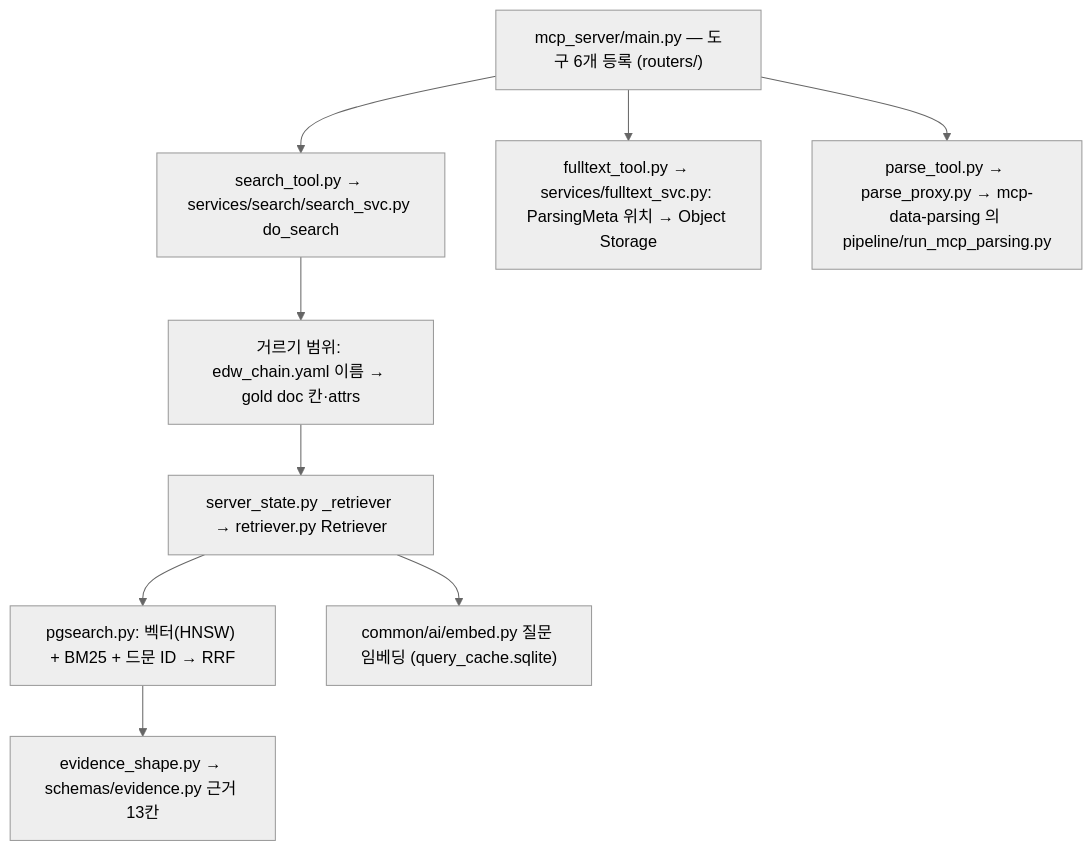
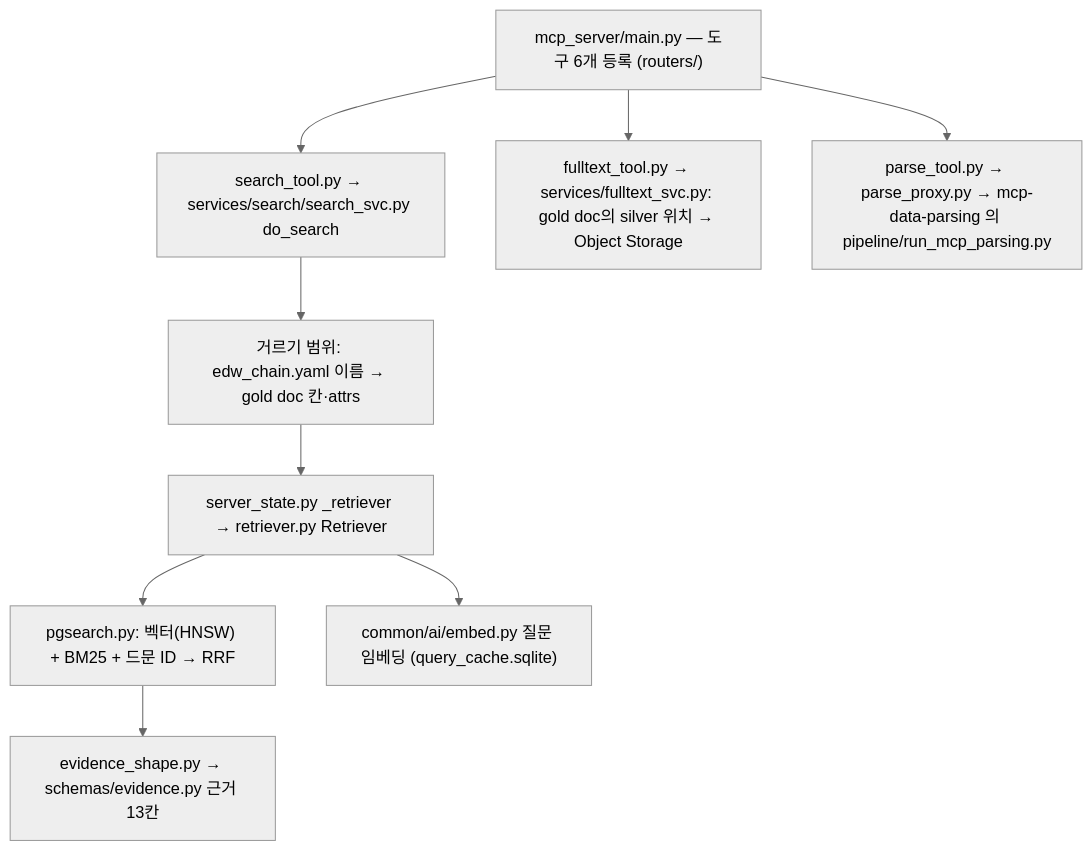
The tenth of 11 diagrams in docs/architecture/parse_flow.md (gigasamba/sbl_data_parsing), drawn with Mermaid (neutral theme) before and after one commit. The commit also changed other lines of this file and 75 other files, not shown here.

````diff
--- a/docs/architecture/parse_flow.md
+++ b/docs/architecture/parse_flow.md
@@ -478,16 +473,16 @@
 ```mermaid
 flowchart TD
     M["mcp_server/main.py — 도구 6개 등록 (routers/)"]
     S["search_tool.py → services/search/search_svc.py do_search"]
     H["거르기 범위: edw_chain.yaml 이름 → gold doc 칸·attrs"]
     R["server_state.py _retriever → retriever.py Retriever"]
     P["pgsearch.py: 벡터(HNSW) + BM25 + 드문 ID → RRF"]
     Q["common/ai/embed.py 질문 임베딩 (query_cache.sqlite)"]
     O["evidence_shape.py → schemas/evidence.py 근거 13칸"]
-    FT["fulltext_tool.py → services/fulltext_svc.py: ParsingMeta 위치 → Object Storage"]
+    FT["fulltext_tool.py → services/fulltext_svc.py: gold doc의 silver 위치 → Object Storage"]
     PD["parse_tool.py → parse_proxy.py → mcp-data-parsing 의 pipeline/run_mcp_parsing.py"]
     M --> S --> H --> R --> P --> O
     R --> Q
     M --> FT
     M --> PD
 ```
````
